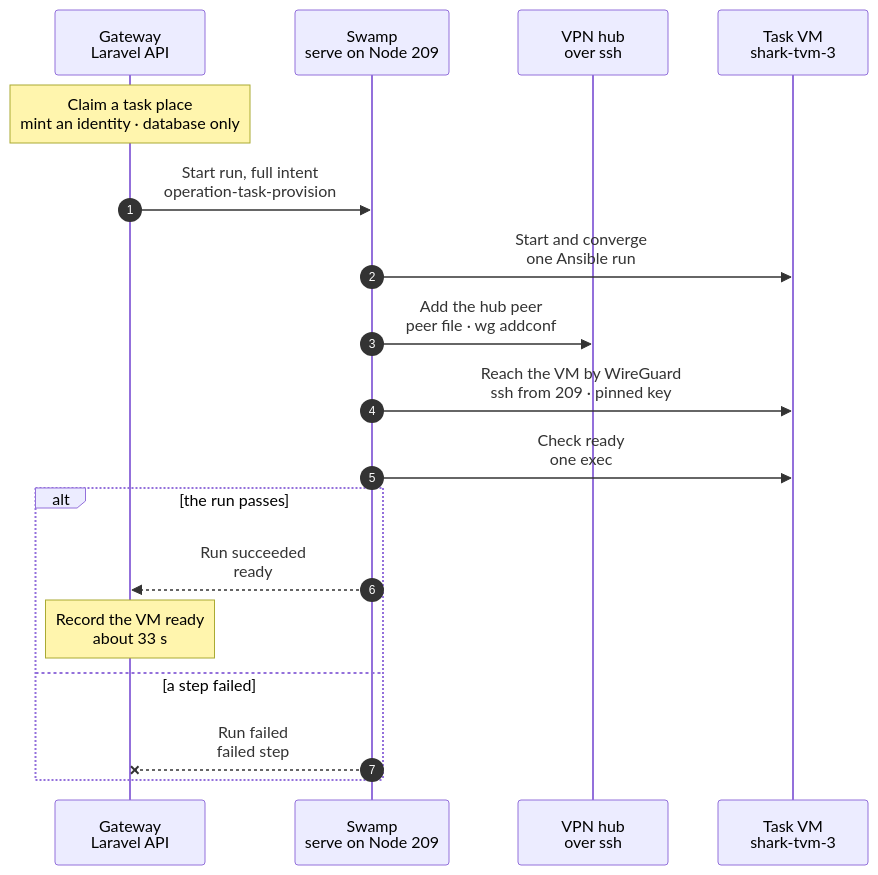
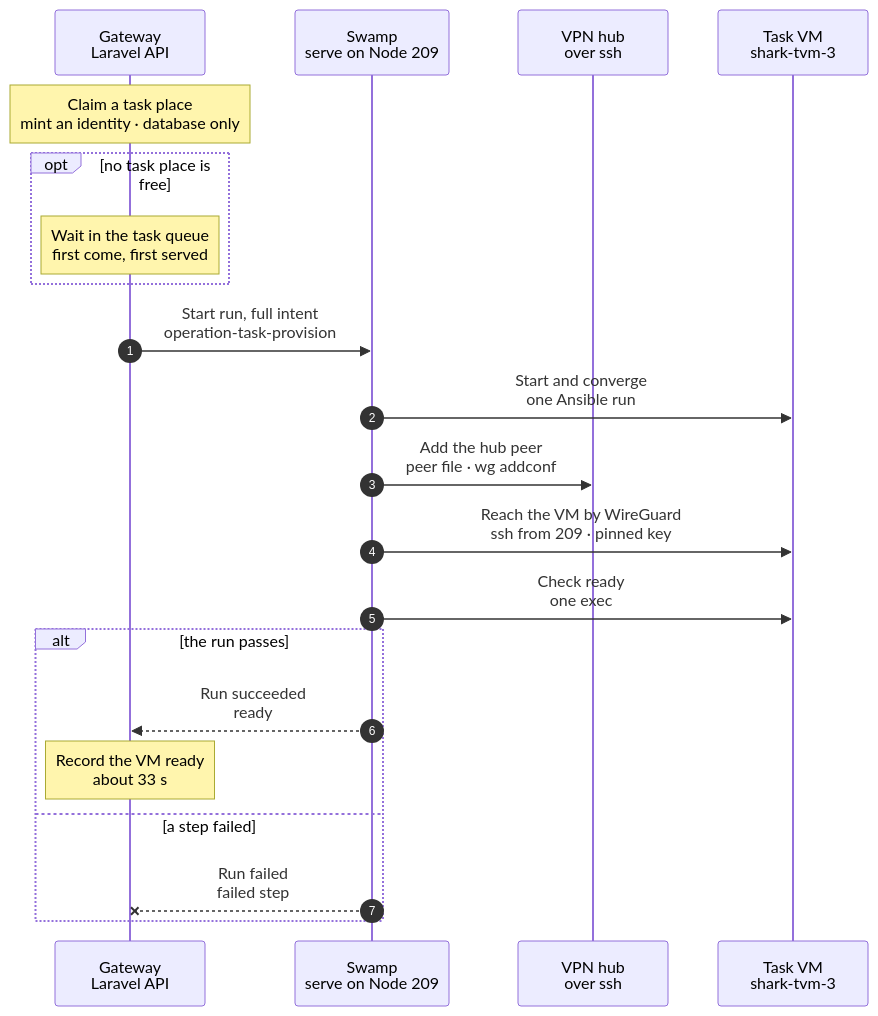
Before and after one commit to hardimpactdev/orbit: the diagram in docs/cli/task/start.mmd, drawn with Mermaid. The commit also changed 12 other files, not shown here.

First line of the commit message:
docs(task): spec capacity visibility, not_provisioned and operation polling for manual mode

```diff
--- a/docs/cli/task/start.mmd
+++ b/docs/cli/task/start.mmd
@@ -1,60 +1,71 @@
 sequenceDiagram
   %% Target design (agreed with Nick, 2026-11-07): a task start copies the host's base VM snapshot and gives the copy a fresh identity. There are no fixed slot identities: a slot is only a place under the host's capacity (`task_places`), and the VM is named `<host>-tvm-<n>` by its slot number.
   %% status: draft
   %% command: task:start
   %% kind: tasks.provision
   autonumber
   %% lane GW icon=gateway pill=intent tone=blue
   %% lane SW icon=workflow pill=executes tone=green
   %% lane HUB icon=server pill=target tone=purple
   %% lane VM icon=server pill=task VM tone=purple
   participant GW as Gateway<br/>Laravel API
   participant SW as Swamp<br/>serve on Node 209
   participant HUB as VPN hub<br/>over ssh
   participant VM as Task VM<br/>shark-tvm-3
   Note over GW: Claim a task place<br/>mint an identity · database only
   %%> Started by:
   %%> - `task:start` for a todo group, from proof CI or feature work
   %%> Result:
   %%> - a task place in the separate task pool; a full pool waits up to two hours without an identity or workspace
   %%> - the lowest free slot number under the capacity of the host with the most room: `shark-tvm-3`
   %%> - a fresh identity: the Node record with its `app-dev` role, a WireGuard key pair, the agent secret and an SSH host key, pinned on the Node from the start so nothing is read back
   %%> - the claim's Pi token and Pi models file in the vault; the file holds the model router guard origin and the one fixed model key, the same for every VM
+  opt no task place is free
+    Note over GW: Wait in the task queue<br/>first come, first served
+    %%> What it does:
+    %%> - records the Operation as `waiting`, with the caller's request as its input; no VM, identity or workspace yet
+    %%> - retries the claim every 20 s, in queue order, for up to two hours; then fails with `tasks.capacity_timeout`
+    %%> Returns:
+    %%> - `operation:show` gives the input, `poll_after_seconds` 20 and `capacity_wait`: the queue position and the groups that hold the task places, each with its status and last activity
+    %%> - `task:show` gives the same `capacity_wait` on the group; `task:status` gives the places of every host and the whole queue
+    %%> Next:
+    %%> - a place frees when a holder publishes, ends or is cancelled; the claim then runs as above
+  end
   GW->>SW: Start run, full intent<br/>operation-task-provision
   SW->>VM: Start and converge<br/>one Ansible run
   %%> What it does:
   %%> - one `ansible-playbook` run with two parts, and no second start: the host part runs on the task VM host over ssh, then the converge runs on the VM over WireGuard
   %%> - host part: `incus copy` of the base VM's recorded snapshot and a clone of its seed snapshot (ZFS clones); an identity volume of the VM with the identity and the claim (the Pi token and the Pi models file), pushed from the vault on stdin; then `incus start`. It waits for nothing in the guest
   %%> - Pi calls the guard with the fixed key from the VM's own WireGuard address; the start makes no model router call and registers no key
   %%> - at boot, the base's `orbit-identity` unit applies the identity volume before sshd, WireGuard and the agent start, then unmounts it; sshd answers over WireGuard about 12 s after the start (measured 2026-11-07)
   %%> - the containers start by themselves (`boot.autostart`) and already hold the proof Swamp Club key of the base
   %%> - converge part: the same Ansible converge as the release refresh, with the address and host key of the admission; it waits up to 300 s for a successful SSH connection over WireGuard, polling every second, then waits for cloud-init; a fast boot continues at once
   %%> - the glue is one write of the intent and the step that builds the playbook input and starts Ansible; nothing is read from the host
   %%> - with no delta every part is skipped, each phase as one skipped task (a dynamic include), and it catches up a small delta when main moved since the last release
   %%> - the nested Gateway's services restart only when `apps/gateway` changed since the base, and its agent delivery manifest is placed only when the pinned agent build changed; a commit that changes neither does neither
   %%> - the containers' `base` snapshots belong to the refresh: a task start never retakes them
   %%> - then the new task branch on the checkout; it waits for no nested service
   SW->>HUB: Add the hub peer<br/>peer file · wg addconf
   %%> Runs beside the step before it: Swamp starts both at once.
   %%> What it does:
   %%> - the VM's public key and address on the WireGuard hub, while the VM boots; the converge part waits for the connection, and the readiness steps below wait for this step
   SW->>VM: Reach the VM by WireGuard<br/>ssh from 209 · pinned key
   %%> What it does:
   %%> - the path every later step takes (sync, check, turn, script): ssh from a Swamp worker to the VM's WireGuard address with its pinned host key
   %%> - runs beside the readiness read
   SW->>VM: Check ready<br/>one exec
   %%> What it does:
   %%> - what a task needs: the agent, Pi, the tunnel and the three containers running; Swamp's `assert` decides
   %%> - the tunnel counts as up once WireGuard has a handshake with the hub; the hub answers no ping from a task VM
   alt the run passes
     SW-->>GW: Run succeeded<br/>ready
     Note over GW: Record the VM ready<br/>about 33 s
     %%> Measured 2026-11-07, three starts on a current base: 32-34 s from admission to ready, above the earlier target of 10-15 s:
     %%> - Swamp writes the intent 1 s; the Ansible run 28 s: its own start 2 s, host part 8 s, wait for sshd 12 s, converge 6 s; the playbook input is removed 2 s; readiness 2 s
     %%> - what is left to cut: the wait for sshd (VM boot) and the host part (about 14 `incus` calls for the identity)
     %%> - one start with a commit three commits past the base, with a changed migration, took 45 s: the nested Gateway's migrate 7 s and restart 1 s, and the rest in the checkout and the delta's work
   else a step failed
     SW--xGW: Run failed<br/>failed step
     %%> On failure:
     %%> - the release runs: the VM, its seed clone, its identity volume, the hub peer, the keys and the Node record go, and the slot is free
   end
```
